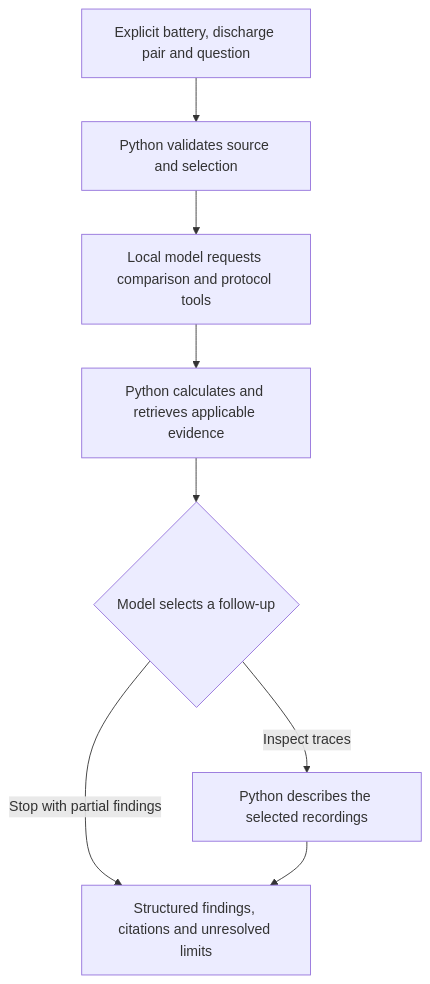
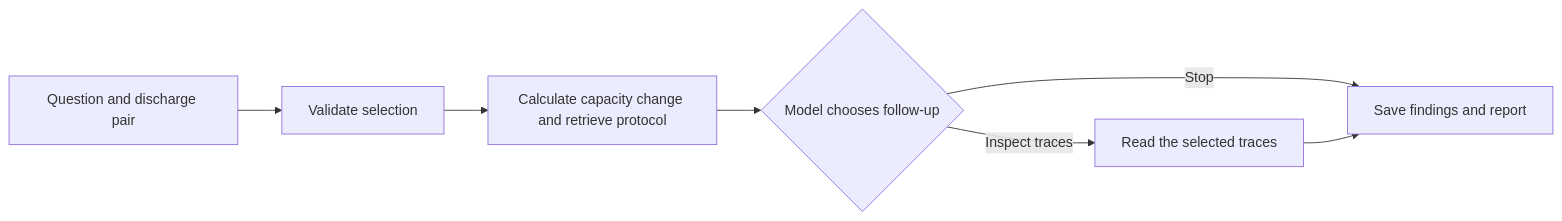
The diagram in README.md (growithanand/battery-test-investigator), drawn with Mermaid before and after one commit. The commit also changed other lines of this file and 2 other files, not shown here.

Commit message:
Present project results and benchmark evidence

````diff
--- a/README.md
+++ b/README.md
@@ -25,10 +11,9 @@
 ```mermaid
-flowchart TD
-    A[Explicit battery, discharge pair and question] --> B[Python validates source and selection]
-    B --> C[Local model requests comparison and protocol tools]
-    C --> D[Python calculates and retrieves applicable evidence]
-    D --> E{Model selects a follow-up}
-    E -->|Inspect traces| F[Python describes the selected recordings]
-    E -->|Stop with partial findings| G[Structured findings, citations and unresolved limits]
-    F --> G
+flowchart LR
+    A[Question and discharge pair] --> B[Validate selection]
+    B --> C[Calculate capacity change and retrieve protocol]
+    C --> D{Model chooses follow-up}
+    D -->|Inspect traces| E[Read the selected traces]
+    D -->|Stop| F[Save findings and report]
+    E --> F
 ```
````
